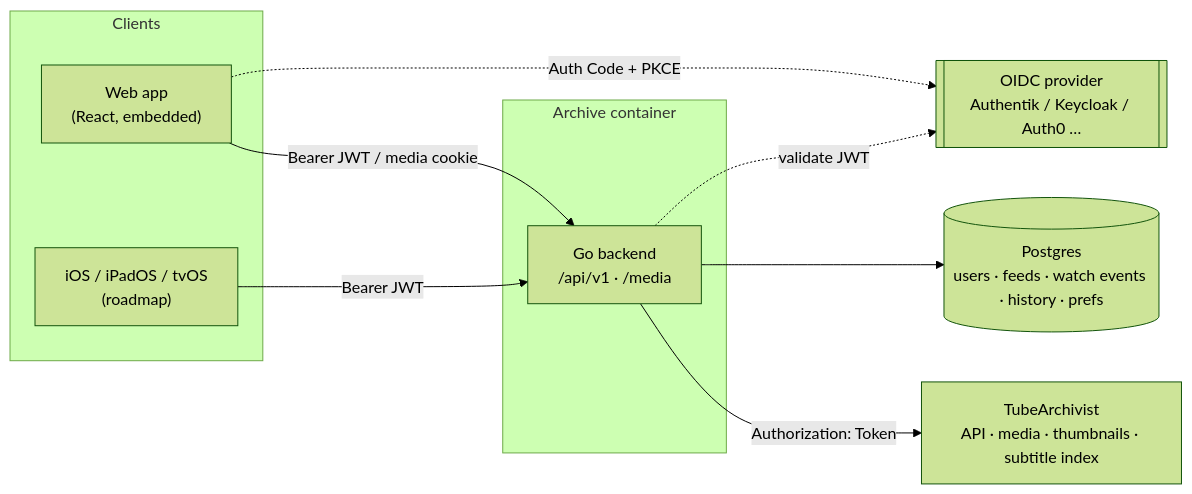
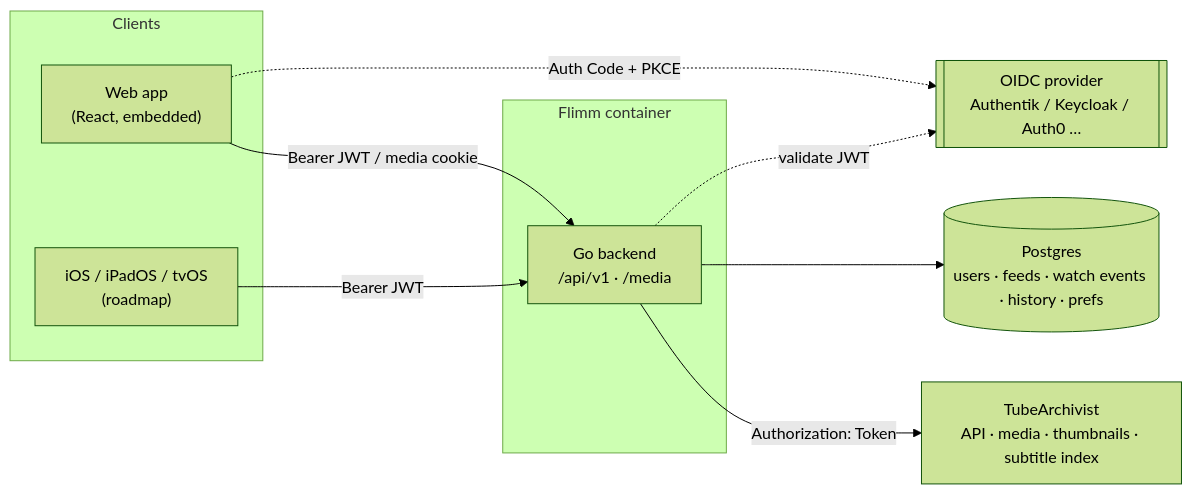
Before and after one commit to Seklfreak/flimm: the diagram in README.md, drawn with Mermaid (forest theme). The commit also changed other lines of this file and 46 other files, not shown here.

````diff
--- a/README.md
+++ b/README.md
@@ -42,20 +42,20 @@
 ```mermaid
 flowchart LR
   subgraph clients [Clients]
     Web["Web app<br/>(React, embedded)"]
     Native["iOS / iPadOS / tvOS<br/>(roadmap)"]
   end
-  subgraph archive [Archive container]
+  subgraph flimm [Flimm container]
     API["Go backend<br/>/api/v1 · /media"]
   end
   PG[(Postgres<br/>users · feeds · watch events · history · prefs)]
   OIDC[["OIDC provider<br/>Authentik / Keycloak / Auth0 …"]]
   TA["TubeArchivist<br/>API · media · thumbnails · subtitle index"]
 
   Web -- "Bearer JWT / media cookie" --> API
   Native -- "Bearer JWT" --> API
   Web -. "Auth Code + PKCE" .-> OIDC
   API -. "validate JWT" .-> OIDC
   API --> PG
   API -- "Authorization: Token" --> TA
 ```
````
